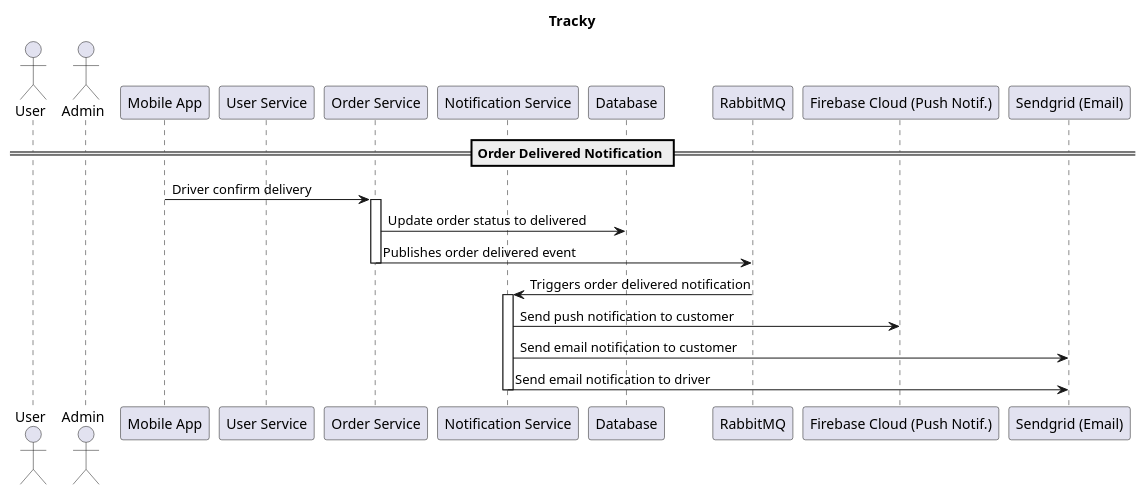
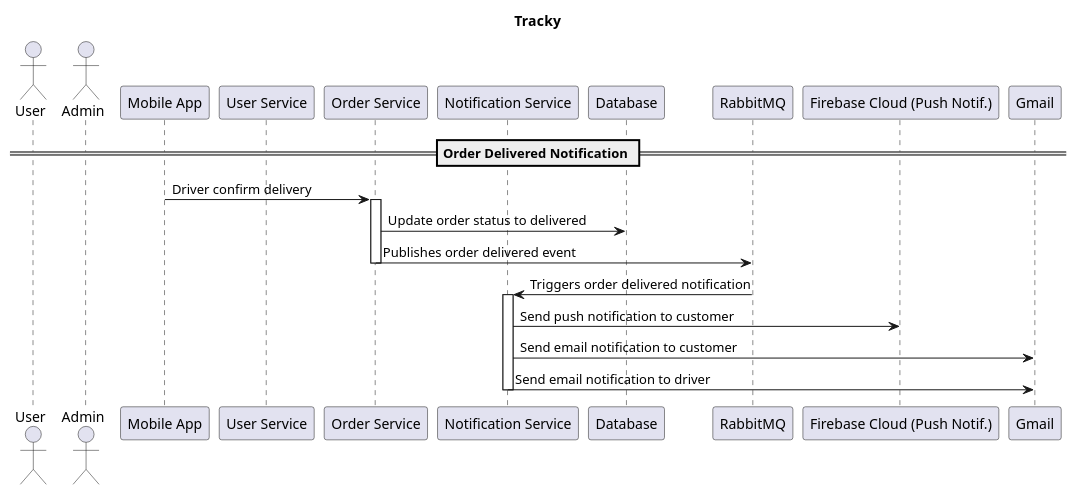
The diagram in assets/order-delivered-diagram.puml (lucaazalim/ldamd-tracky), drawn with PlantUML before and after one commit. The commit also changed 35 other files, not shown here.

First line of the commit message:
feat: add notification service with push and email notifications.

```diff
--- a/assets/order-delivered-diagram.puml
+++ b/assets/order-delivered-diagram.puml
@@ -1,35 +1,35 @@
 @startuml TrackyCloudSequence
 title Tracky
 
 actor User as U
 actor Admin as ADM
 
 participant "Mobile App" as MA
 participant "User Service" as US
 participant "Order Service" as OS
 participant "Notification Service" as NS
 
 participant "Database" as DB
 participant "RabbitMQ" as RMQ
 
 participant "Firebase Cloud (Push Notif.)" as FCM
-participant "Sendgrid (Email)" as SG
+participant "Gmail" as GM
 
 == Order Delivered Notification ==
 
 MA -> OS: Driver confirm delivery
 
 activate OS
 OS -> DB: Update order status to delivered
 OS -> RMQ: Publishes order delivered event
 deactivate OS
 
 RMQ -> NS: Triggers order delivered notification
 
 activate NS
 NS -> FCM: Send push notification to customer
-NS -> SG: Send email notification to customer
-NS -> SG: Send email notification to driver
+NS -> GM: Send email notification to customer
+NS -> GM: Send email notification to driver
 deactivate NS
 
 @enduml
```
